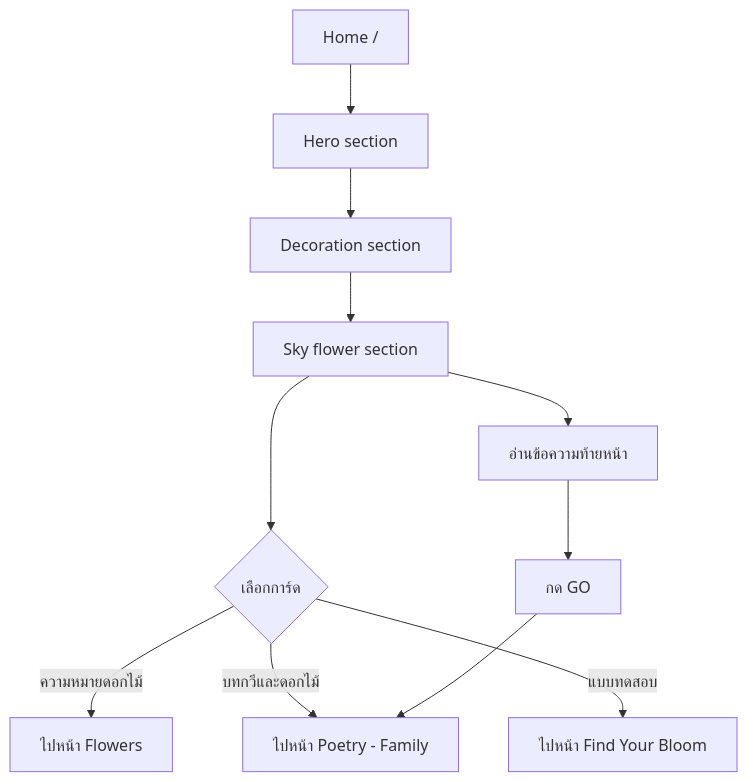
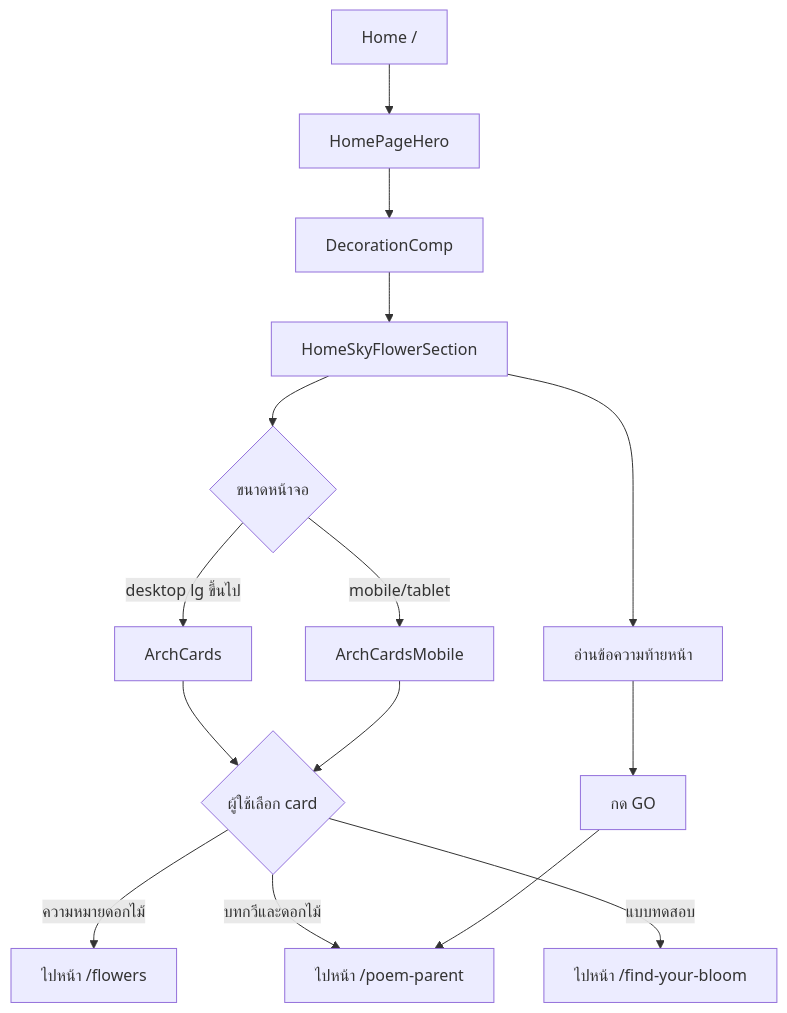
The third of 15 diagrams in docs/flowcharts.md (pawataven/the-sis-web), drawn with Mermaid before and after one commit. The commit also changed other lines of this file and 10 other files, not shown here.

````diff
--- a/docs/flowcharts.md
+++ b/docs/flowcharts.md
@@ -41,15 +72,19 @@
 ```mermaid
 flowchart TD
-  A[Home /] --> B[Hero section]
-  B --> C[Decoration section]
-  C --> D[Sky flower section]
-  D --> E{เลือกการ์ด}
+  A["Home /"] --> B["HomePageHero"]
+  B --> C["DecorationComp"]
+  C --> D["HomeSkyFlowerSection"]
+  D --> E{"ขนาดหน้าจอ"}
+  E -- "desktop lg ขึ้นไป" --> F["ArchCards"]
+  E -- "mobile/tablet" --> G["ArchCardsMobile"]
 
-  E -- ความหมายดอกไม้ --> F[ไปหน้า Flowers]
-  E -- บทกวีและดอกไม้ --> G[ไปหน้า Poetry - Family]
-  E -- แบบทดสอบ --> H[ไปหน้า Find Your Bloom]
+  F --> H{"ผู้ใช้เลือก card"}
+  G --> H
+  H -- "ความหมายดอกไม้" --> I["ไปหน้า /flowers"]
+  H -- "บทกวีและดอกไม้" --> J["ไปหน้า /poem-parent"]
+  H -- "แบบทดสอบ" --> K["ไปหน้า /find-your-bloom"]
 
-  D --> I[อ่านข้อความท้ายหน้า]
-  I --> J[กด GO]
-  J --> G
+  D --> L["อ่านข้อความท้ายหน้า"]
+  L --> M["กด GO"]
+  M --> J
 ```
````
